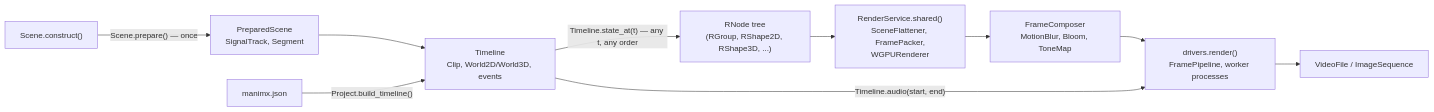
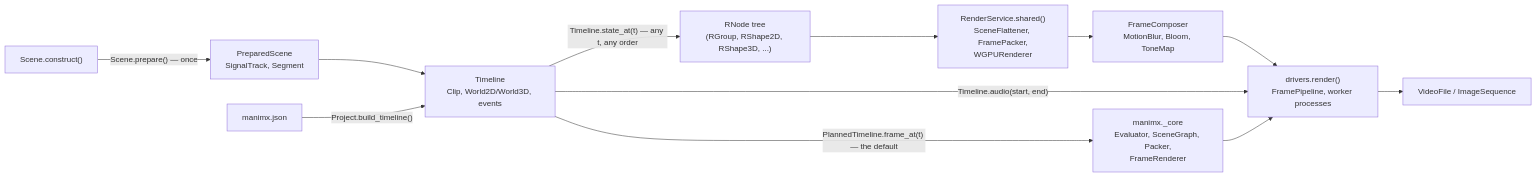
Before and after one commit to MrDiver/manim: the first of 10 diagrams in manimx/ARCHITECTURE.md, drawn with Mermaid. The commit also changed other lines of this file, not shown here.

First line of the commit message:
manimx: describe the core in the architecture document

````diff
--- a/manimx/ARCHITECTURE.md
+++ b/manimx/ARCHITECTURE.md
@@ -58,12 +74,14 @@
 ```mermaid
 flowchart LR
     Code["Scene.construct()"] -->|"Scene.prepare() — once"| PS["PreparedScene<br/>SignalTrack, Segment"]
     PS --> TL["Timeline<br/>Clip, World2D/World3D, events"]
     Proj["manimx.json"] -->|"Project.build_timeline()"| TL
     TL -->|"Timeline.state_at(t) — any t, any order"| RO["RNode tree<br/>(RGroup, RShape2D, RShape3D, ...)"]
     RO --> R["RenderService.shared()<br/>SceneFlattener, FramePacker,<br/>WGPURenderer"]
     R --> C["FrameComposer<br/>MotionBlur, Bloom, ToneMap"]
     C --> D["drivers.render()<br/>FramePipeline, worker processes"]
     D --> Out["VideoFile / ImageSequence"]
     TL -->|"Timeline.audio(start, end)"| D
+    TL -->|"PlannedTimeline.frame_at(t) — the default"| Core["manimx._core<br/>Evaluator, SceneGraph, Packer,<br/>FrameRenderer"]
+    Core --> D
 ```
````
